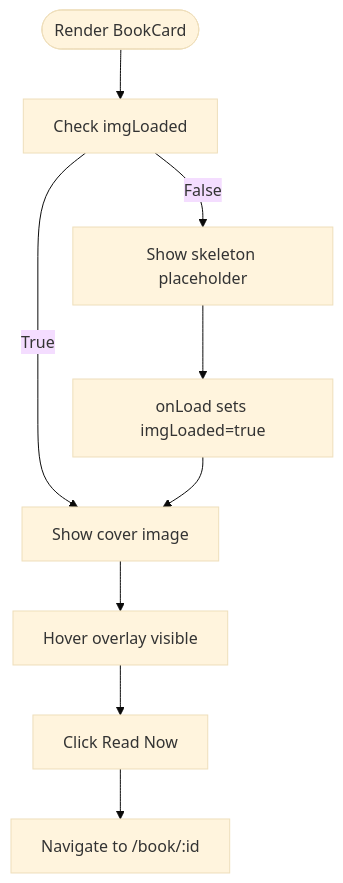
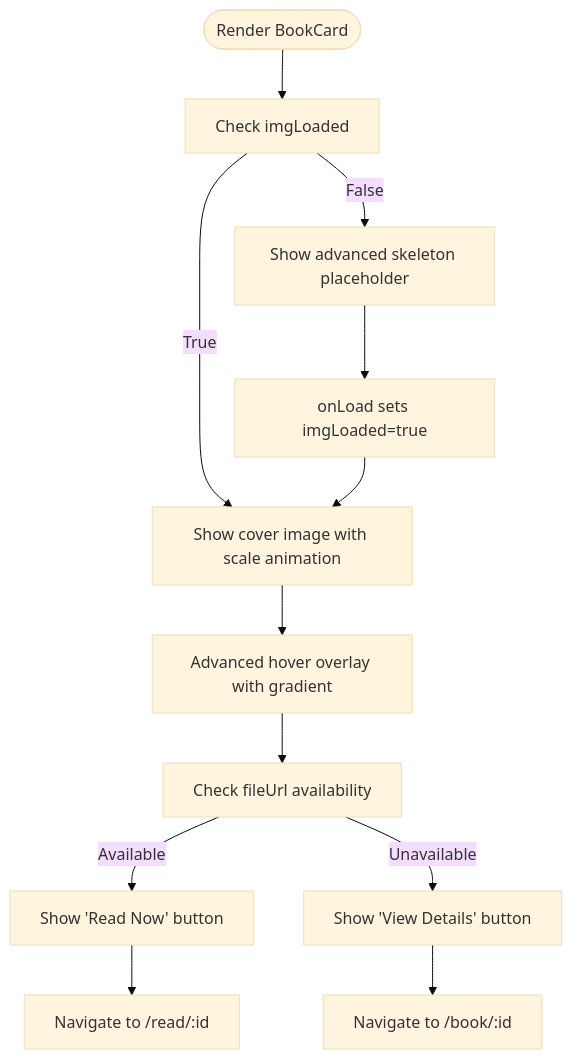
The fifth of 9 diagrams in .qoder/repowiki/en/content/Frontend Component Architecture/Frontend Component Architecture.md (ganesh-NB/readsphere), drawn with Mermaid (base theme) before and after one commit. The commit also changed other lines of this file and 46 other files, not shown here.

````diff
--- a/.qoder/repowiki/en/content/Frontend Component Architecture/Frontend Component Architecture.md
+++ b/.qoder/repowiki/en/content/Frontend Component Architecture/Frontend Component Architecture.md
@@ -247,11 +284,14 @@
 ```mermaid
 flowchart TD
 Start(["Render BookCard"]) --> CheckImg["Check imgLoaded"]
-CheckImg --> |False| ShowSkeleton["Show skeleton placeholder"]
-CheckImg --> |True| ShowCover["Show cover image"]
+CheckImg --> |False| ShowSkeleton["Show advanced skeleton placeholder"]
+CheckImg --> |True| ShowCover["Show cover image with scale animation"]
 ShowSkeleton --> OnLoad["onLoad sets imgLoaded=true"]
 OnLoad --> ShowCover
-ShowCover --> Overlay["Hover overlay visible"]
-Overlay --> ClickRead["Click Read Now"]
-ClickRead --> Navigate["Navigate to /book/:id"]
+ShowCover --> Overlay["Advanced hover overlay with gradient"]
+Overlay --> CheckFile["Check fileUrl availability"]
+CheckFile --> |Available| ReadNow["Show 'Read Now' button"]
+CheckFile --> |Unavailable| ViewDetails["Show 'View Details' button"]
+ReadNow --> Navigate["Navigate to /read/:id"]
+ViewDetails --> NavigateDetails["Navigate to /book/:id"]
 ```
````
